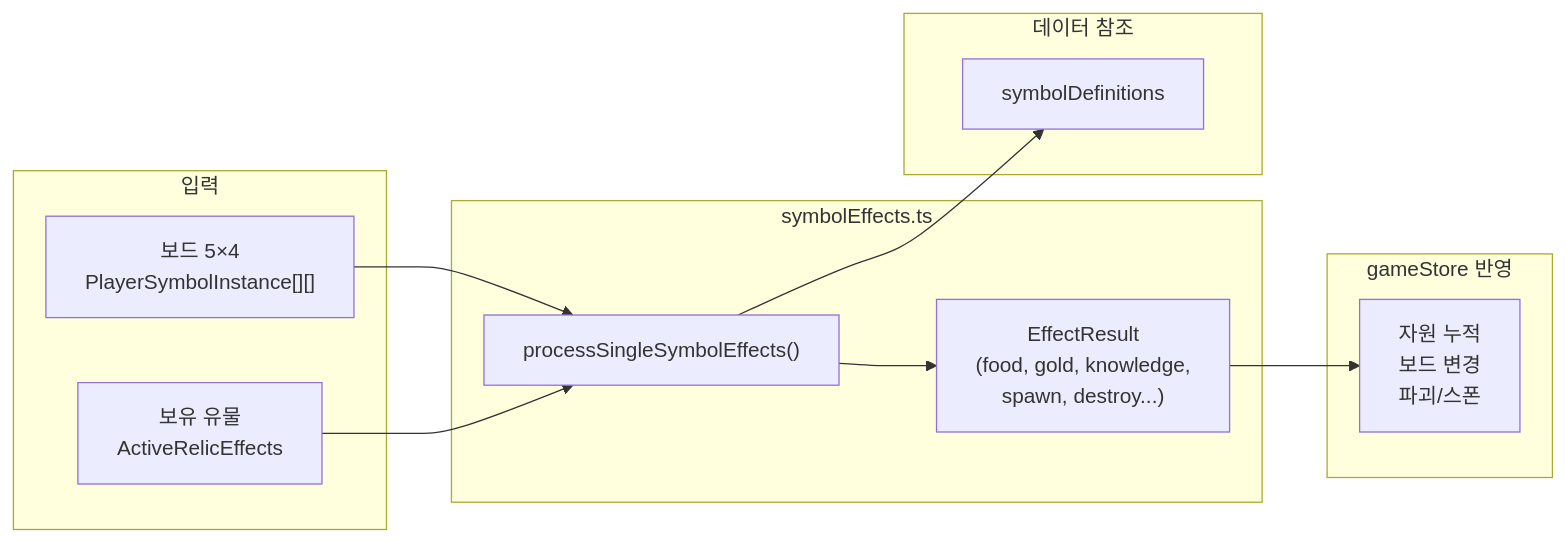
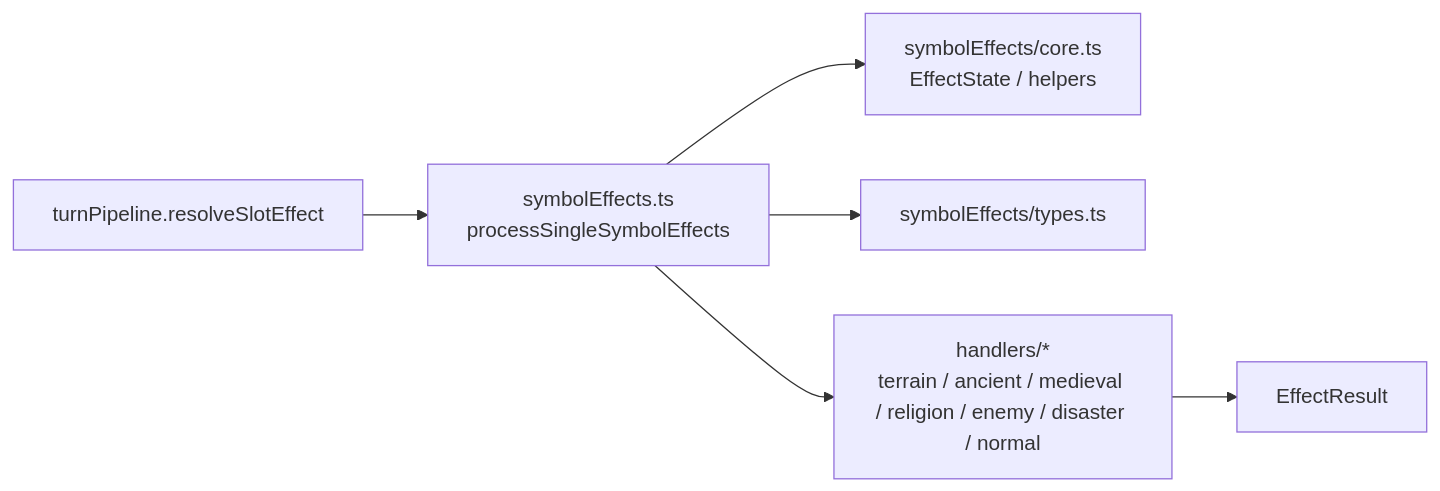
Before and after one commit to evian-christ/humankind: the fifth of 6 diagrams in CODEBASE_DIAGRAM.md, drawn with Mermaid. The commit also changed other lines of this file and 6 other files, not shown here.

Commit message:
Update architecture and design docs

````diff
--- a/CODEBASE_DIAGRAM.md
+++ b/CODEBASE_DIAGRAM.md
@@ -190,26 +218,15 @@
 ```mermaid
 flowchart LR
-    subgraph Input["입력"]
-        Board["보드 5×4\nPlayerSymbolInstance[][]"]
-        Relics["보유 유물\nActiveRelicEffects"]
-    end
+    TurnPipeline["turnPipeline.resolveSlotEffect"]
+    Entry["symbolEffects.ts\nprocessSingleSymbolEffects"]
+    Core["symbolEffects/core.ts\nEffectState / helpers"]
+    Types["symbolEffects/types.ts"]
+    Handlers["handlers/*\nterrain / ancient / medieval / religion / enemy / disaster / normal"]
+    Result["EffectResult"]
 
-    subgraph Logic["symbolEffects.ts"]
-        processSingle["processSingleSymbolEffects()"]
-        EffectResult["EffectResult\n(food, gold, knowledge,\nspawn, destroy...)"]
-    end
-
-    subgraph Data["데이터 참조"]
-        SymbolDef["symbolDefinitions"]
-    end
-
-    subgraph Output["gameStore 반영"]
-        Apply["자원 누적\n보드 변경\n파괴/스폰"]
-    end
-
-    Board --> processSingle
-    Relics --> processSingle
-    processSingle --> SymbolDef
-    processSingle --> EffectResult
-    EffectResult --> Apply
+    TurnPipeline --> Entry
+    Entry --> Core
+    Entry --> Types
+    Entry --> Handlers
+    Handlers --> Result
 ```
````
